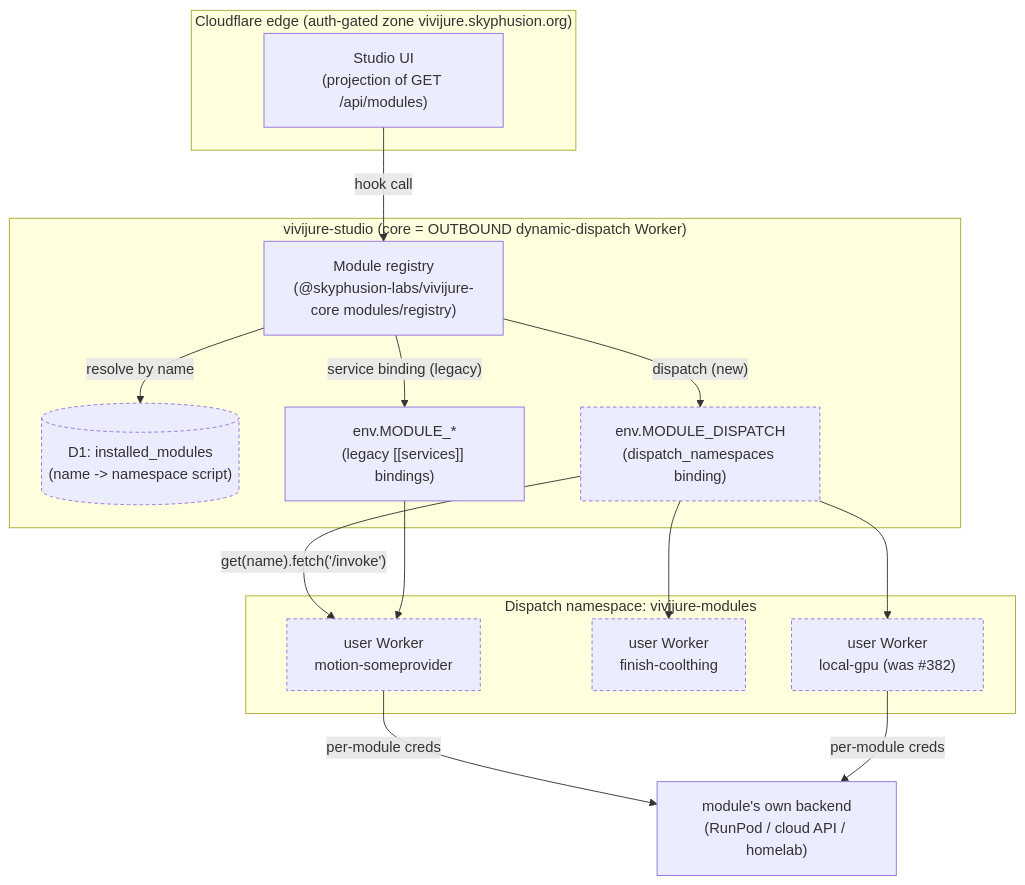
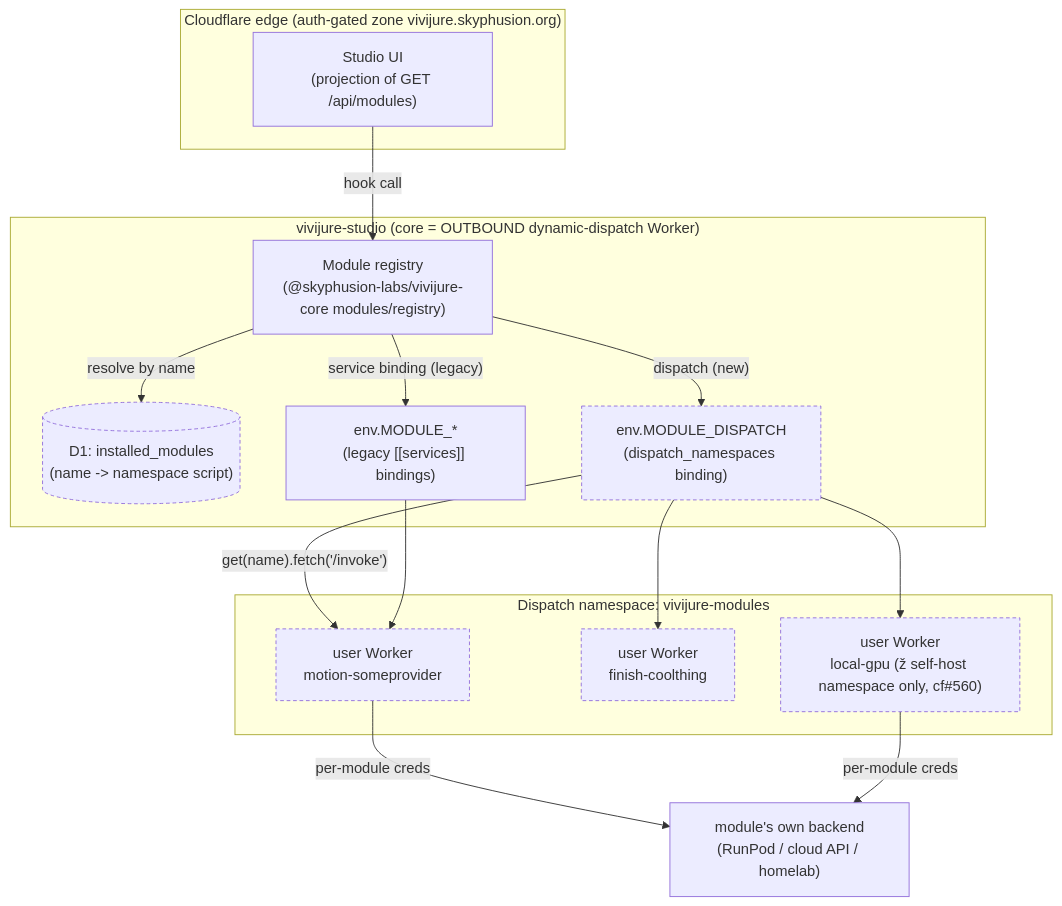
The first of 2 diagrams in docs/module-dispatch.md (skyphusion-labs/vivijure-cf), drawn with Mermaid before and after one commit. The commit also changed other lines of this file, not shown here.

````diff
--- a/docs/module-dispatch.md
+++ b/docs/module-dispatch.md
@@ -63,35 +70,35 @@
 ```mermaid
 flowchart TD
   subgraph edge["Cloudflare edge (auth-gated zone vivijure.skyphusion.org)"]
     UI["Studio UI<br/>(projection of GET /api/modules)"]
   end
 
   subgraph core["vivijure-studio (core = OUTBOUND dynamic-dispatch Worker)"]
     REG["Module registry<br/>(@skyphusion-labs/vivijure-core modules/registry)"]
     DB[("D1: installed_modules<br/>(name -> namespace script)")]
     DISP["env.MODULE_DISPATCH<br/>(dispatch_namespaces binding)"]
     SB["env.MODULE_*<br/>(legacy [[services]] bindings)"]
   end
 
   subgraph ns["Dispatch namespace: vivijure-modules"]
     M1["user Worker<br/>motion-someprovider"]
     M2["user Worker<br/>finish-coolthing"]
-    M3["user Worker<br/>local-gpu (was #382)"]
+    M3["user Worker<br/>local-gpu (#382; self-host namespace only, cf#560)"]
   end
 
   RUNPOD["module's own backend<br/>(RunPod / cloud API / homelab)"]
 
   UI -->|hook call| REG
   REG -->|"resolve by name"| DB
   REG -->|"dispatch (new)"| DISP
   REG -->|"service binding (legacy)"| SB
   DISP -->|"get(name).fetch('/invoke')"| M1
   DISP --> M2
   DISP --> M3
   SB --> M1
   M1 -->|"per-module creds"| RUNPOD
   M3 -->|"per-module creds"| RUNPOD
 
   classDef new stroke-dasharray: 4 3;
   class DISP,DB,M1,M2,M3 new;
 ```
````
